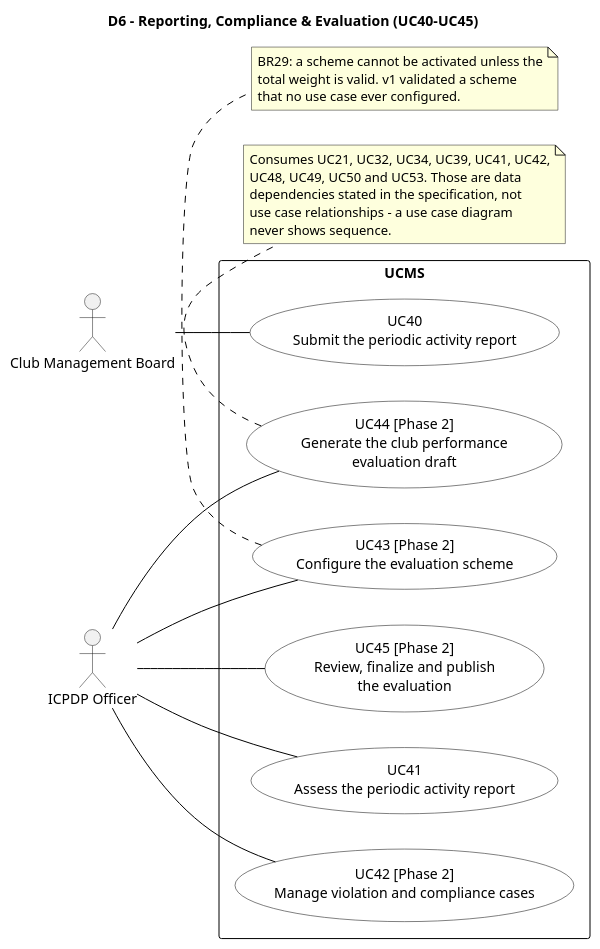
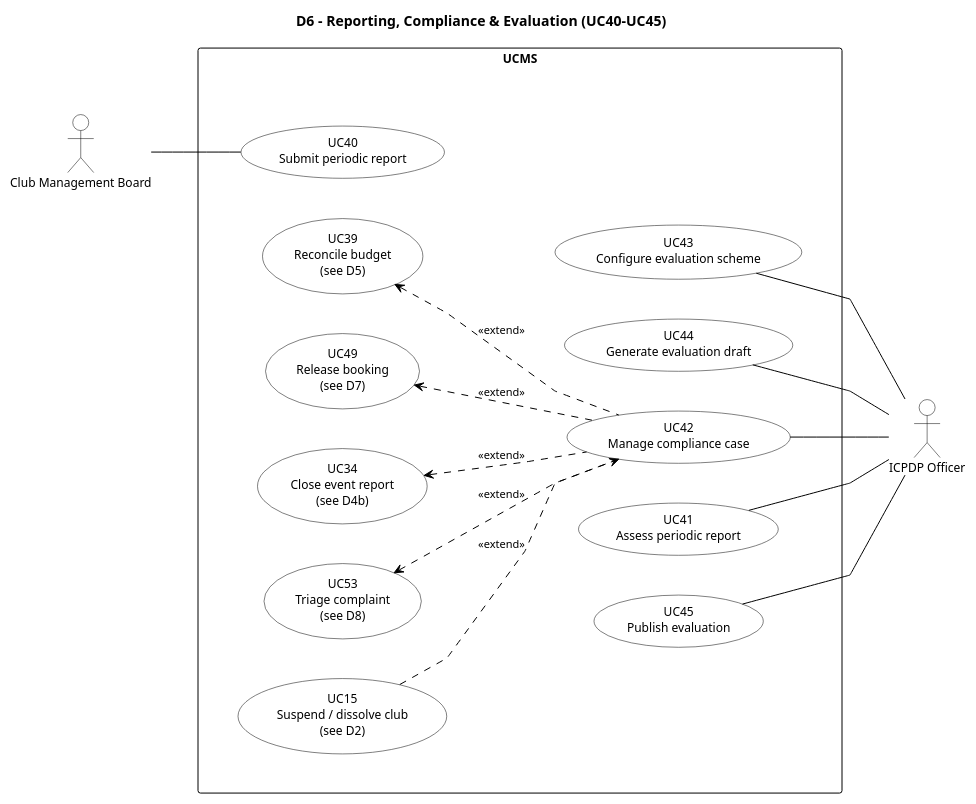
One commit to nvdekay/ClubManagementSystem changed the diagram in docs/diagrams/v2/D6_ReportingEvaluation.puml. Above: the diagram before and after it, drawn with PlantUML. The commit also changed 10 other files, not shown here.

First line of the commit message:
docs: redraw the v2 use case diagrams in Visual Paradigm style

```diff
--- a/docs/diagrams/v2/D6_ReportingEvaluation.puml
+++ b/docs/diagrams/v2/D6_ReportingEvaluation.puml
@@ -1,59 +1,75 @@
 @startuml v2_D6_ReportingEvaluation
 left to right direction
+skinparam linetype polyline
+skinparam nodesep 40
+skinparam ranksep 60
 skinparam backgroundColor White
 skinparam shadowing false
 skinparam defaultFontName Helvetica
+skinparam defaultFontSize 12
+skinparam ArrowColor Black
+skinparam ArrowFontSize 11
+skinparam actor {
+  BackgroundColor White
+  BorderColor Black
+}
 skinparam usecase {
   BackgroundColor White
   BorderColor Black
-  ArrowColor Black
 }
 skinparam rectangle {
   BackgroundColor White
   BorderColor Black
 }
+skinparam package {
+  BackgroundColor White
+  BorderColor Black
+}
+' inner frame: invisible, only adds padding inside the system boundary
+skinparam rectangle<<inner>> {
+  BorderColor Transparent
+  FontColor Transparent
+}
+hide <<inner>> stereotype
 
 title D6 - Reporting, Compliance & Evaluation (UC40-UC45)
 
 actor "Club Management Board" as CMB
 actor "ICPDP Officer" as ICPDP
 
-rectangle UCMS {
-  usecase UC40 as "UC40
-  Submit the periodic activity report"
-  usecase UC41 as "UC41
-  Assess the periodic activity report"
-  usecase UC42 as "UC42 [Phase 2]
-  Manage violation and compliance cases"
-  usecase UC43 as "UC43 [Phase 2]
-  Configure the evaluation scheme"
-  usecase UC44 as "UC44 [Phase 2]
-  Generate the club performance
-  evaluation draft"
-  usecase UC45 as "UC45 [Phase 2]
-  Review, finalize and publish
-  the evaluation"
+rectangle "UCMS" {
+  rectangle " " <<inner>> {
+    usecase "UC40\nSubmit periodic report" as UC40
+    usecase "UC41\nAssess periodic report" as UC41
+    usecase "UC42\nManage compliance case" as UC42
+    usecase "UC43\nConfigure evaluation scheme" as UC43
+    usecase "UC44\nGenerate evaluation draft" as UC44
+    usecase "UC45\nPublish evaluation" as UC45
+    usecase "UC34\nClose event report\n(see D4b)" as UC34
+    usecase "UC39\nReconcile budget\n(see D5)" as UC39
+    usecase "UC49\nRelease booking\n(see D7)" as UC49
+    usecase "UC53\nTriage complaint\n(see D8)" as UC53
+    usecase "UC15\nSuspend / dissolve club\n(see D2)" as UC15
+  }
 }
 
 CMB -- UC40
 
-ICPDP -- UC41
-ICPDP -- UC42
-ICPDP -- UC43
-ICPDP -- UC44
-ICPDP -- UC45
+UC41 -- ICPDP
+UC42 -- ICPDP
+UC43 -- ICPDP
+UC44 -- ICPDP
+UC45 -- ICPDP
 
-note bottom of UC44
-  Consumes UC21, UC32, UC34, UC39, UC41, UC42,
-  UC48, UC49, UC50 and UC53. Those are data
-  dependencies stated in the specification, not
-  use case relationships - a use case diagram
-  never shows sequence.
-end note
+UC34 <.. UC42 : <<extend>>
+UC39 <.. UC42 : <<extend>>
+UC49 <.. UC42 : <<extend>>
+UC53 <.. UC42 : <<extend>>
+UC15 .[norank].> UC42 : <<extend>>
 
-note bottom of UC43
-  BR29: a scheme cannot be activated unless the
-  total weight is valid. v1 validated a scheme
-  that no use case ever configured.
-end note
+' layout only: keep ICPDP in its own column to the right of the frame
+UC34 -[hidden]- UC41
+UC39 -[hidden]- UC43
+UC49 -[hidden]- UC44
+UC53 -[hidden]- UC45
 @enduml
```
